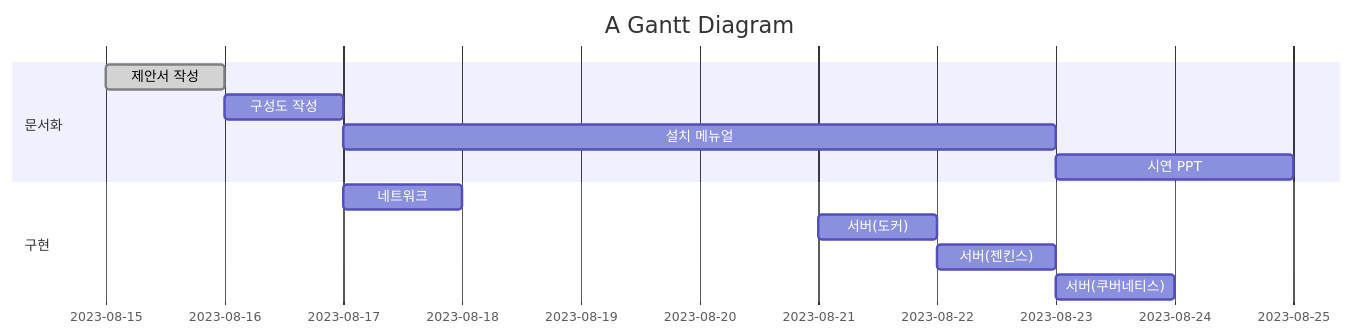
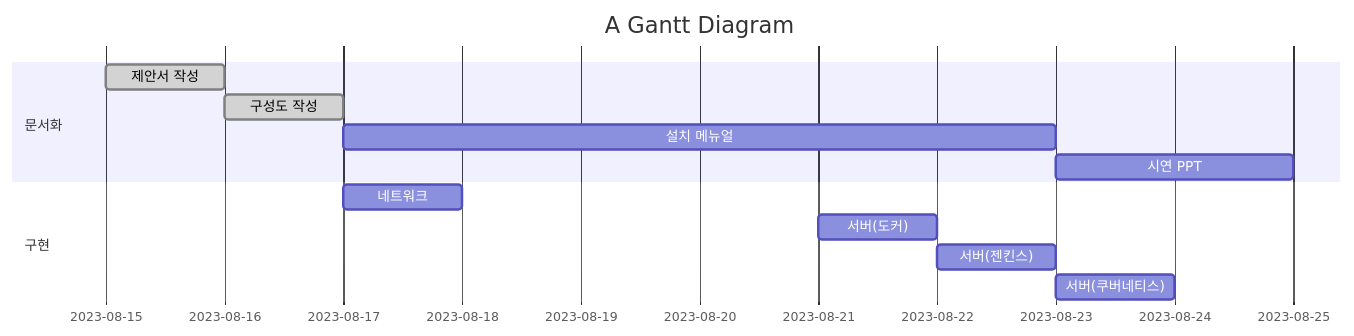
Before and after one commit to mmingu/mmingu: the diagram in README.md, drawn with Mermaid.

````diff
--- a/README.md
+++ b/README.md
@@ -2,16 +2,16 @@
 ```mermaid
 gantt
     title A Gantt Diagram
     dateFormat YYYY-MM-DD
     section 문서화
          제안서 작성       :done, a1, 2023-08-15, 1d
-        구성도 작성    :a2, 2023-08-16, 1d
+        구성도 작성    : done, a2, 2023-08-16, 1d
         설치 메뉴얼   :a3, 2023-08-17, 6d
         시연 PPT       : a4, 2023-08-23, 2d
     section 구현
         네트워크 :a1,2023-08-17, 1d
         서버(도커)    :a2, 2023-08-21,  1d
         서버(젠킨스)    :a2, 2023-08-22,  1d
         서버(쿠버네티스)    :a2, 2023-08-23,1d
         
 ```
````
